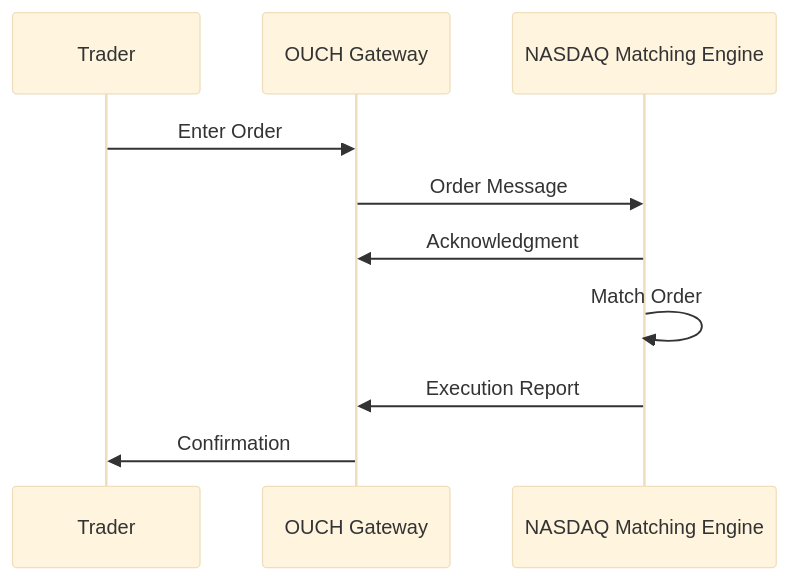
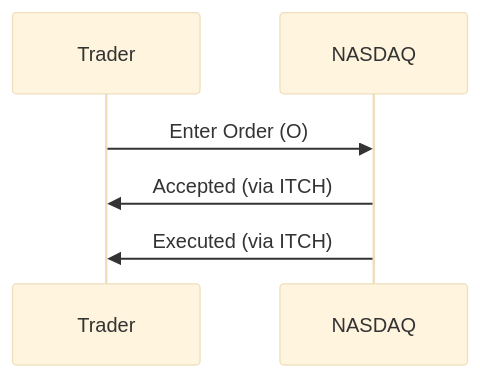
Before and after one commit to VrushankPatel/interview-matters: the diagram in ouch-protocol/README.md, drawn with Mermaid (base theme). The commit also changed other lines of this file and 64 other files, not shown here.

Commit message:
kb: process 5 topics (fix-protocol, itch-protocol, ouch-protocol, market-data-overview-and-dissemination, order-entry-protocols) + restructure directories into categories (java, system-design, etc.) + expand order-entry-protocols content + add 10 new candidate topics

````diff
--- a/ouch-protocol/README.md
+++ b/ouch-protocol/README.md
@@ -124,13 +70,8 @@
 ```mermaid
 sequenceDiagram
     participant Trader
-    participant OUCH Gateway
-    participant NASDAQ Matching Engine
-
-    Trader->>OUCH Gateway: Enter Order
-    OUCH Gateway->>NASDAQ Matching Engine: Order Message
-    NASDAQ Matching Engine->>OUCH Gateway: Acknowledgment
-    NASDAQ Matching Engine->>NASDAQ Matching Engine: Match Order
-    NASDAQ Matching Engine->>OUCH Gateway: Execution Report
-    OUCH Gateway->>Trader: Confirmation
+    participant NASDAQ
+    Trader->>NASDAQ: Enter Order (O)
+    NASDAQ->>Trader: Accepted (via ITCH)
+    NASDAQ->>Trader: Executed (via ITCH)
 ```
````
